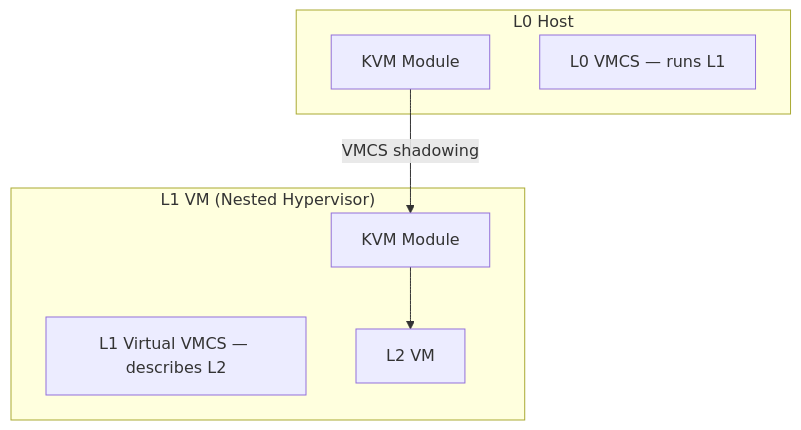
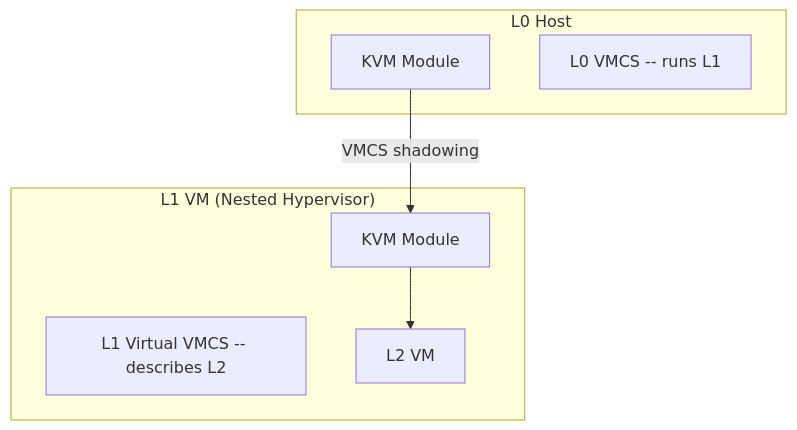
Diagram 11 of 11 in src/virtualization/kvm.md (Abhinav-Kumar012/lb2), drawn with Mermaid before and after one commit. The commit also changed other lines of this file and 211 other files, not shown here.

First line of the commit message:
fix: mermaid syntax issues across 212 files

````diff
--- a/src/virtualization/kvm.md
+++ b/src/virtualization/kvm.md
@@ -1032,14 +1032,14 @@
 ```mermaid
 flowchart TB
     subgraph L0_Host["L0 Host"]
         L0_KVM[KVM Module]
-        L0_VMCS[L0 VMCS — runs L1]
+        L0_VMCS[L0 VMCS -- runs L1]
     end
     subgraph L1_VM__Nested_Hypervisor["L1 VM (Nested Hypervisor)"]
         L1_KVM[KVM Module]
-        L1_VMCB[L1 Virtual VMCS — describes L2]
+        L1_VMCB[L1 Virtual VMCS -- describes L2]
         L1_VM[L2 VM]
         L1_KVM --> L1_VM
     end
     L0_KVM -->|VMCS shadowing| L1_KVM
 ```
````
